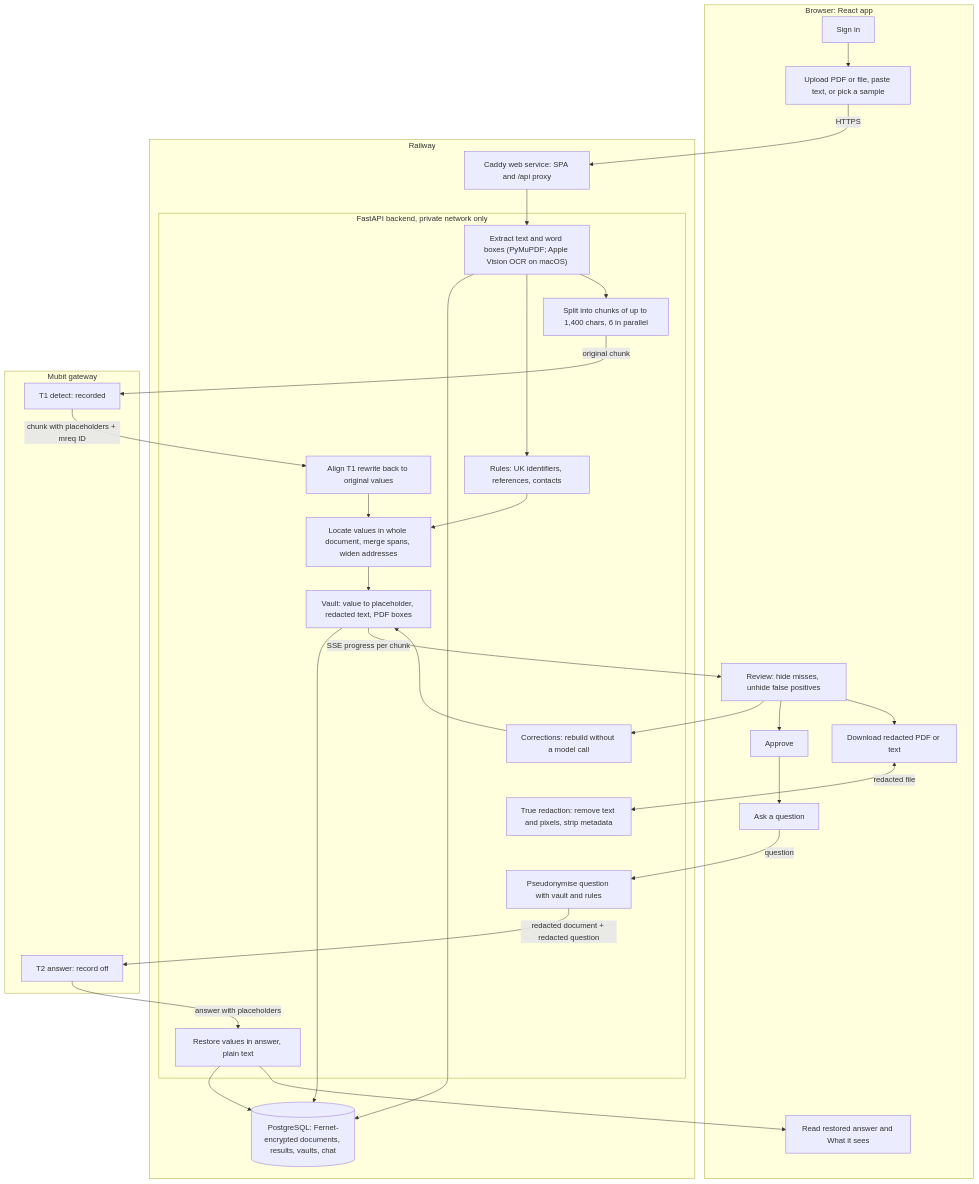
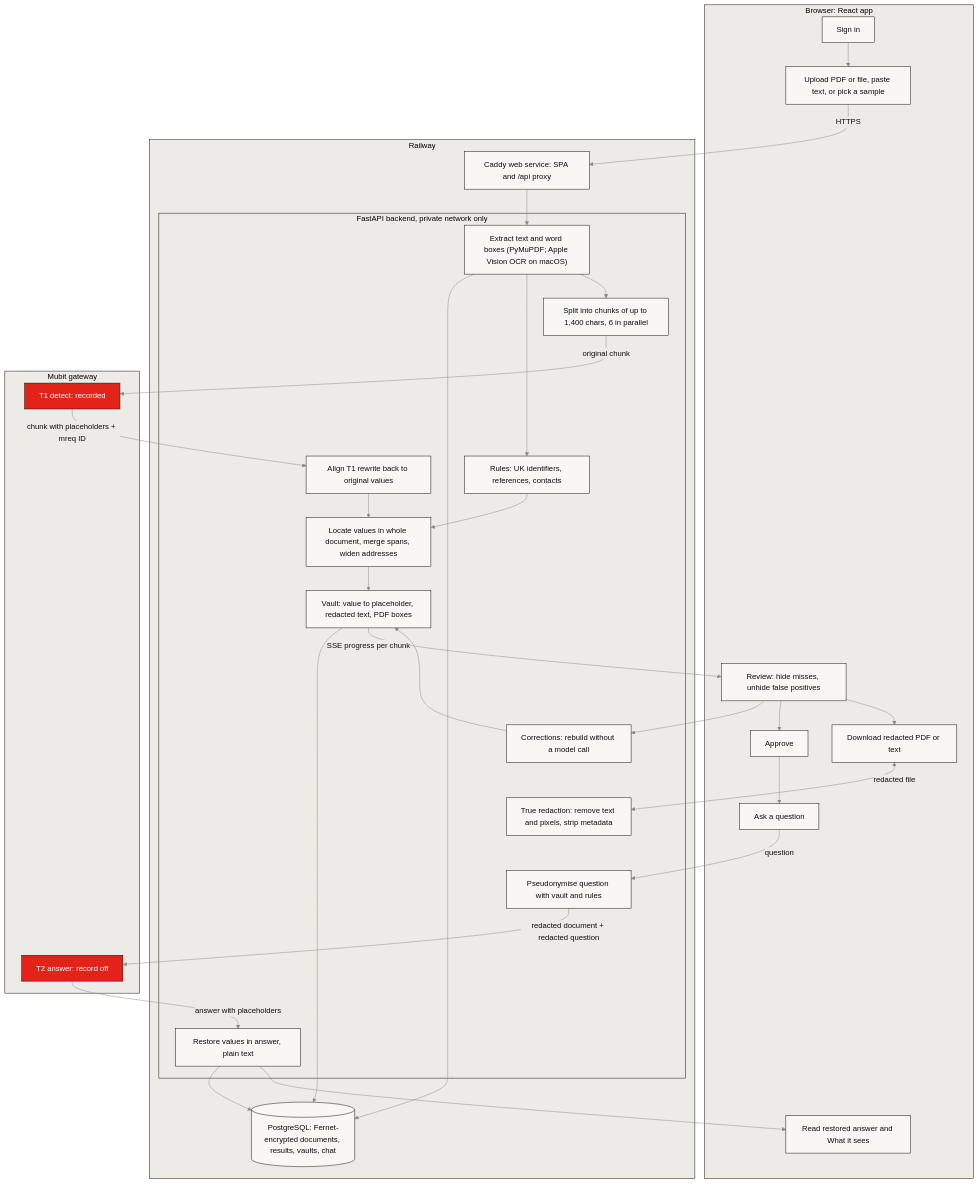
The second of 4 diagrams in README.md (kolyamkl/night-shift), drawn with Mermaid before and after one commit. The commit also changed other lines of this file and 12 other files, not shown here.

First line of the commit message:
README in the landing page's style: pixel scenes instead of grey diagrams

````diff
--- a/README.md
+++ b/README.md
@@ -75,48 +86,51 @@
 ```mermaid
+%%{init: {"theme": "base", "themeVariables": {"fontFamily": "ui-monospace, SFMono-Regular, Menlo, monospace", "primaryColor": "#f8f7f3", "primaryTextColor": "#0d0d0d", "primaryBorderColor": "#0d0d0d", "lineColor": "#8b8a85", "clusterBkg": "#ecebe5", "clusterBorder": "#0d0d0d", "edgeLabelBackground": "#ecebe5"}}}%%
 flowchart TD
     subgraph BR["Browser: React app"]
         U1["Sign in"] --> U2["Upload PDF or file, paste text, or pick a sample"]
         U5["Review: hide misses, unhide false positives"]
         U6["Approve"]
         U7["Ask a question"]
         U8["Read restored answer and What it sees"]
         U9["Download redacted PDF or text"]
     end
 
     subgraph RW["Railway"]
         C["Caddy web service: SPA and /api proxy"]
         subgraph BE["FastAPI backend, private network only"]
             X["Extract text and word boxes (PyMuPDF; Apple Vision OCR on macOS)"]
             RX["Rules: UK identifiers, references, contacts"]
             CH["Split into chunks of up to 1,400 chars, 6 in parallel"]
             AL["Align T1 rewrite back to original values"]
             MG["Locate values in whole document, merge spans, widen addresses"]
             VB["Vault: value to placeholder, redacted text, PDF boxes"]
             CO["Corrections: rebuild without a model call"]
             QP["Pseudonymise question with vault and rules"]
             RS["Restore values in answer, plain text"]
             PO["True redaction: remove text and pixels, strip metadata"]
         end
         DB[("PostgreSQL: Fernet-encrypted documents, results, vaults, chat")]
     end
 
     subgraph MB["Mubit gateway"]
         T1["T1 detect: recorded"]
         T2["T2 answer: record off"]
     end
 
     U2 -->|"HTTPS"| C --> X
     X --> DB
     X --> RX & CH
     CH -->|"original chunk"| T1
     T1 -->|"chunk with placeholders + mreq ID"| AL
     RX --> MG
     AL --> MG --> VB --> DB
     VB -->|"SSE progress per chunk"| U5
     U5 --> CO --> VB
     U5 --> U6 --> U7 -->|"question"| QP
     QP -->|"redacted document + redacted question"| T2
     T2 -->|"answer with placeholders"| RS --> DB
     RS --> U8
     U5 --> U9 <-->|"redacted file"| PO
+    classDef mubit fill:#e2231a,stroke:#0d0d0d,color:#ffffff
+    class T1,T2 mubit
 ```
````
